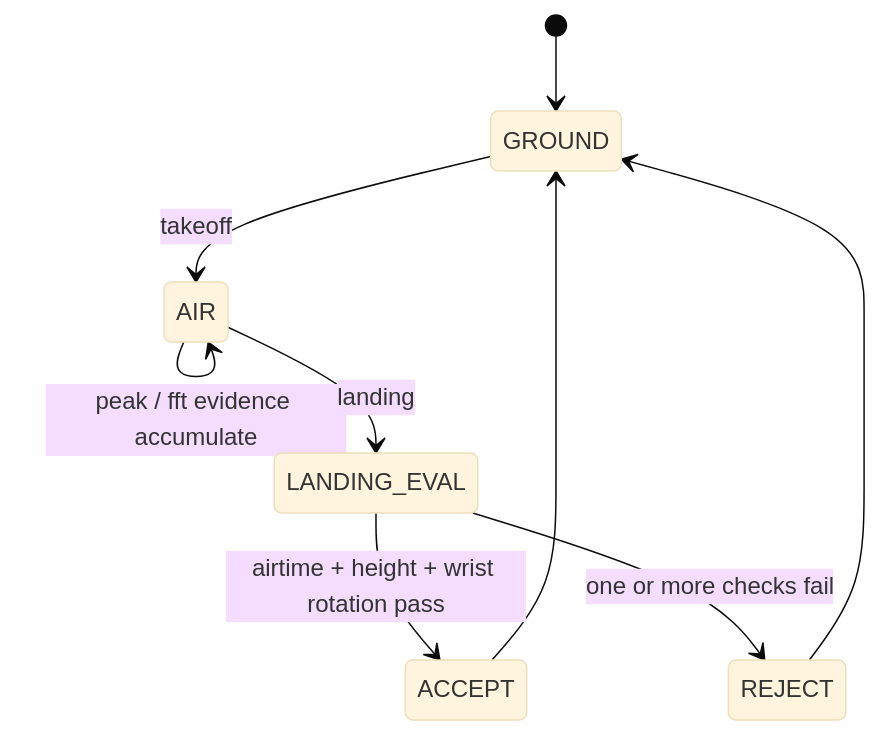
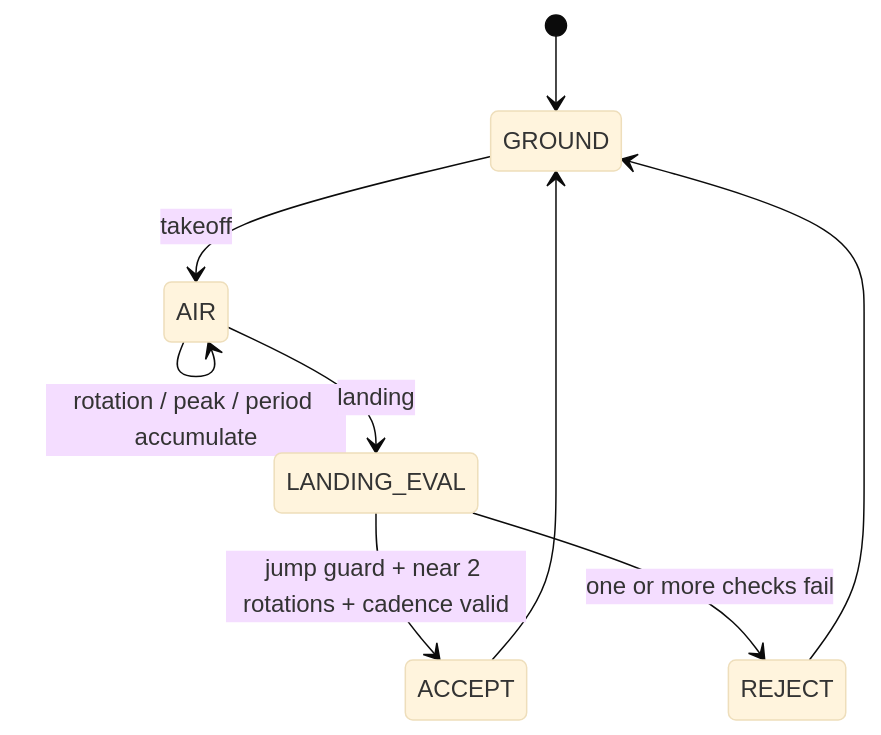
The fourth of 5 diagrams in double_jump/README.md (Hooneybadger/jump-rope-detector), drawn with Mermaid (base theme) before and after one commit. The commit also changed other lines of this file and 4 other files, not shown here.

````diff
--- a/double_jump/README.md
+++ b/double_jump/README.md
@@ -245,11 +156,11 @@
 ```mermaid
 stateDiagram-v2
     [*] --> GROUND
     GROUND --> AIR: takeoff
-    AIR --> AIR: peak / fft evidence accumulate
+    AIR --> AIR: rotation / peak / period accumulate
     AIR --> LANDING_EVAL: landing
-    LANDING_EVAL --> ACCEPT: airtime + height + wrist rotation pass
+    LANDING_EVAL --> ACCEPT: jump guard + near 2 rotations + cadence valid
     LANDING_EVAL --> REJECT: one or more checks fail
     ACCEPT --> GROUND
     REJECT --> GROUND
 ```
````
